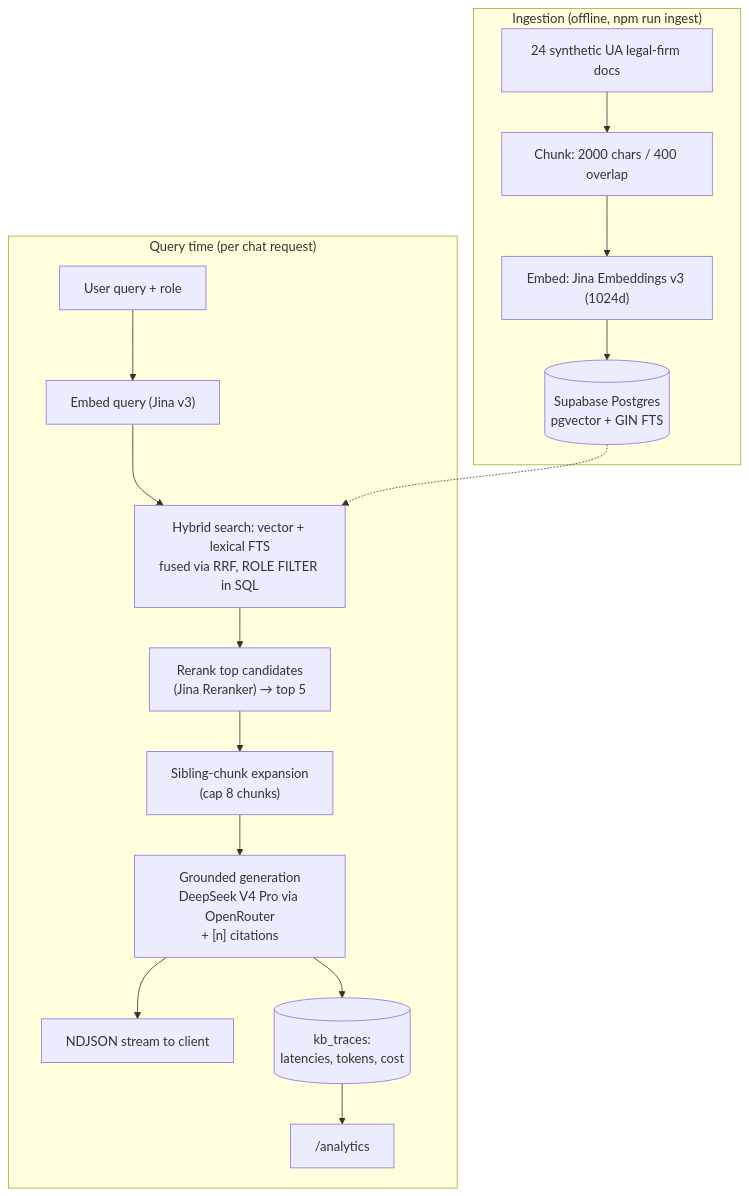
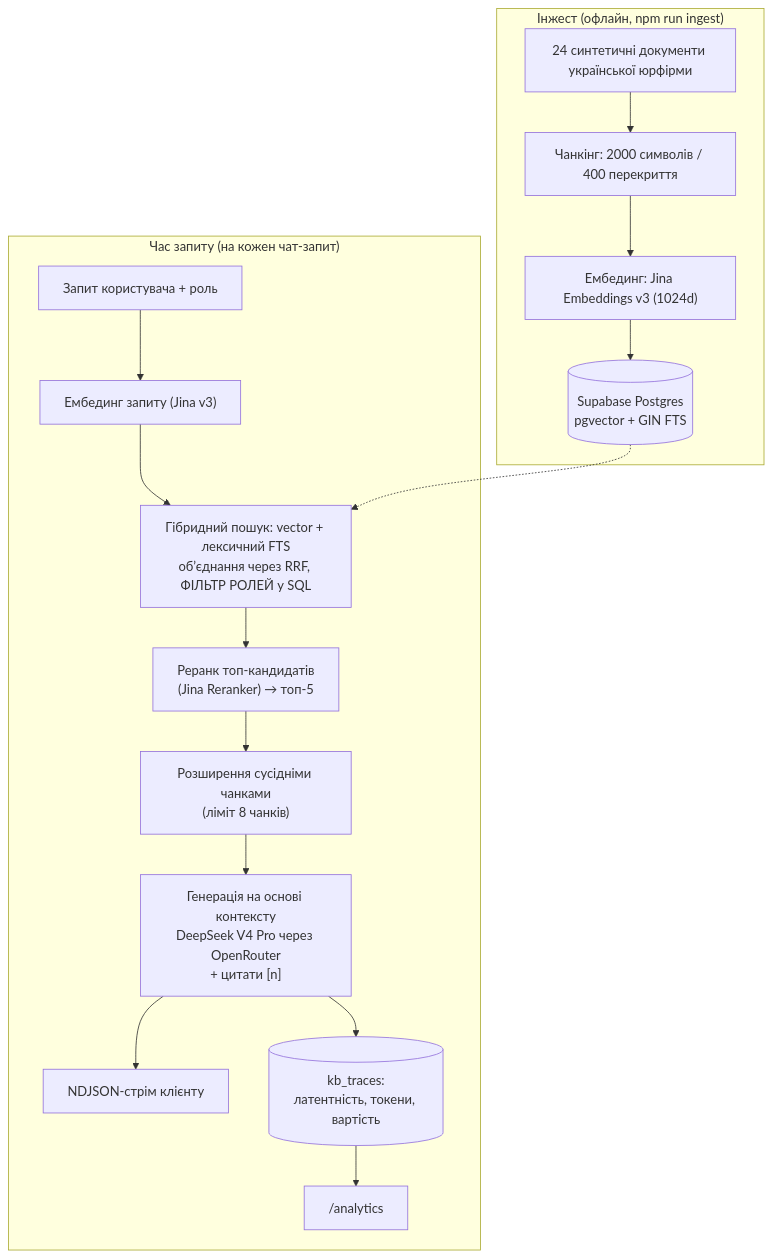
One commit to volodeveth/prasolov-ai-kb changed the first of 2 diagrams in README.md. Above: the diagram before and after it, drawn with Mermaid. The commit also changed other lines of this file, not shown here.

````diff
--- a/README.md
+++ b/README.md
@@ -27,20 +27,20 @@
 ```mermaid
 flowchart TD
-    subgraph Ingest["Ingestion (offline, npm run ingest)"]
-        A[24 synthetic UA legal-firm docs] --> B["Chunk: 2000 chars / 400 overlap"]
-        B --> C["Embed: Jina Embeddings v3 (1024d)"]
+    subgraph Ingest["Інжест (офлайн, npm run ingest)"]
+        A[24 синтетичні документи української юрфірми] --> B["Чанкінг: 2000 символів / 400 перекриття"]
+        B --> C["Ембединг: Jina Embeddings v3 (1024d)"]
         C --> D[(Supabase Postgres<br/>pgvector + GIN FTS)]
     end
 
-    subgraph Query["Query time (per chat request)"]
-        E[User query + role] --> F["Embed query (Jina v3)"]
-        F --> G["Hybrid search: vector + lexical FTS<br/>fused via RRF, ROLE FILTER in SQL"]
+    subgraph Query["Час запиту (на кожен чат-запит)"]
+        E[Запит користувача + роль] --> F["Ембединг запиту (Jina v3)"]
+        F --> G["Гібридний пошук: vector + лексичний FTS<br/>об’єднання через RRF, ФІЛЬТР РОЛЕЙ у SQL"]
         D -.-> G
-        G --> H["Rerank top candidates<br/>(Jina Reranker) → top 5"]
-        H --> I["Sibling-chunk expansion<br/>(cap 8 chunks)"]
-        I --> J["Grounded generation<br/>DeepSeek V4 Pro via OpenRouter<br/>+ [n] citations"]
-        J --> K["NDJSON stream to client"]
-        J --> L[(kb_traces:<br/>latencies, tokens, cost)]
+        G --> H["Реранк топ-кандидатів<br/>(Jina Reranker) → топ-5"]
+        H --> I["Розширення сусідніми чанками<br/>(ліміт 8 чанків)"]
+        I --> J["Генерація на основі контексту<br/>DeepSeek V4 Pro через OpenRouter<br/>+ цитати [n]"]
+        J --> K["NDJSON-стрім клієнту"]
+        J --> L[(kb_traces:<br/>латентність, токени, вартість)]
         L --> M["/analytics"]
     end
 ```
````
